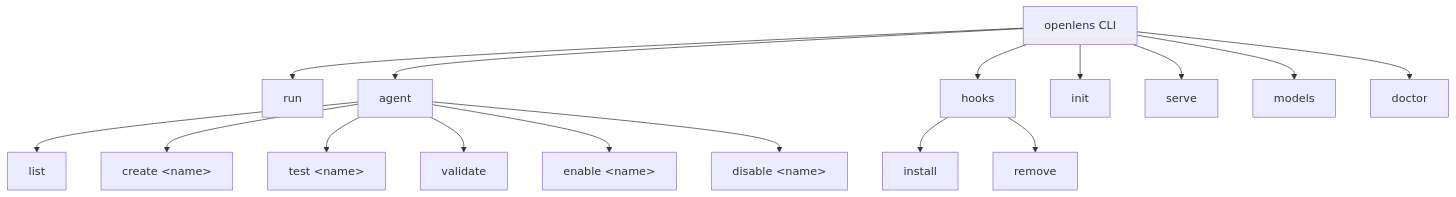
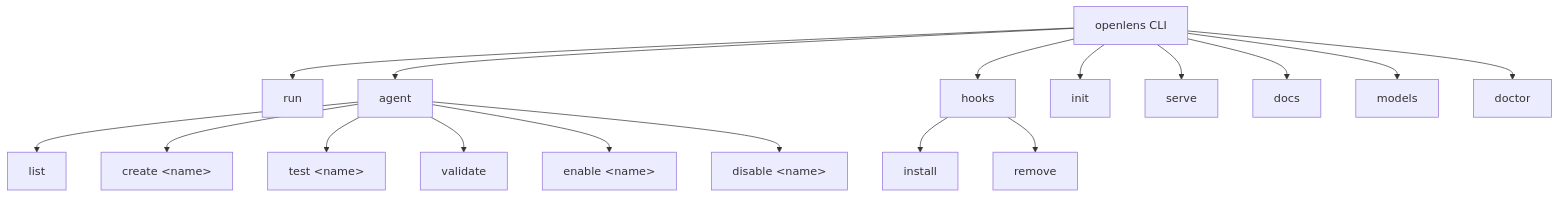
Before and after one commit to Traves-Theberge/openlens: the diagram in wiki/6-cli-reference.md, drawn with Mermaid. The commit also changed other lines of this file and 5 other files, not shown here.

````diff
--- a/wiki/6-cli-reference.md
+++ b/wiki/6-cli-reference.md
@@ -28,21 +29,22 @@
 ```mermaid
 graph TD
     CLI[openlens CLI]
     CLI --> run[run]
     CLI --> agent[agent]
     CLI --> hooks[hooks]
     CLI --> init[init]
     CLI --> serve[serve]
+    CLI --> docs[docs]
     CLI --> models[models]
     CLI --> doctor[doctor]
 
     agent --> list[list]
     agent --> create["create &lt;name&gt;"]
     agent --> test["test &lt;name&gt;"]
     agent --> validate[validate]
     agent --> enable["enable &lt;name&gt;"]
     agent --> disable["disable &lt;name&gt;"]
 
     hooks --> install[install]
     hooks --> remove[remove]
 ```
````
